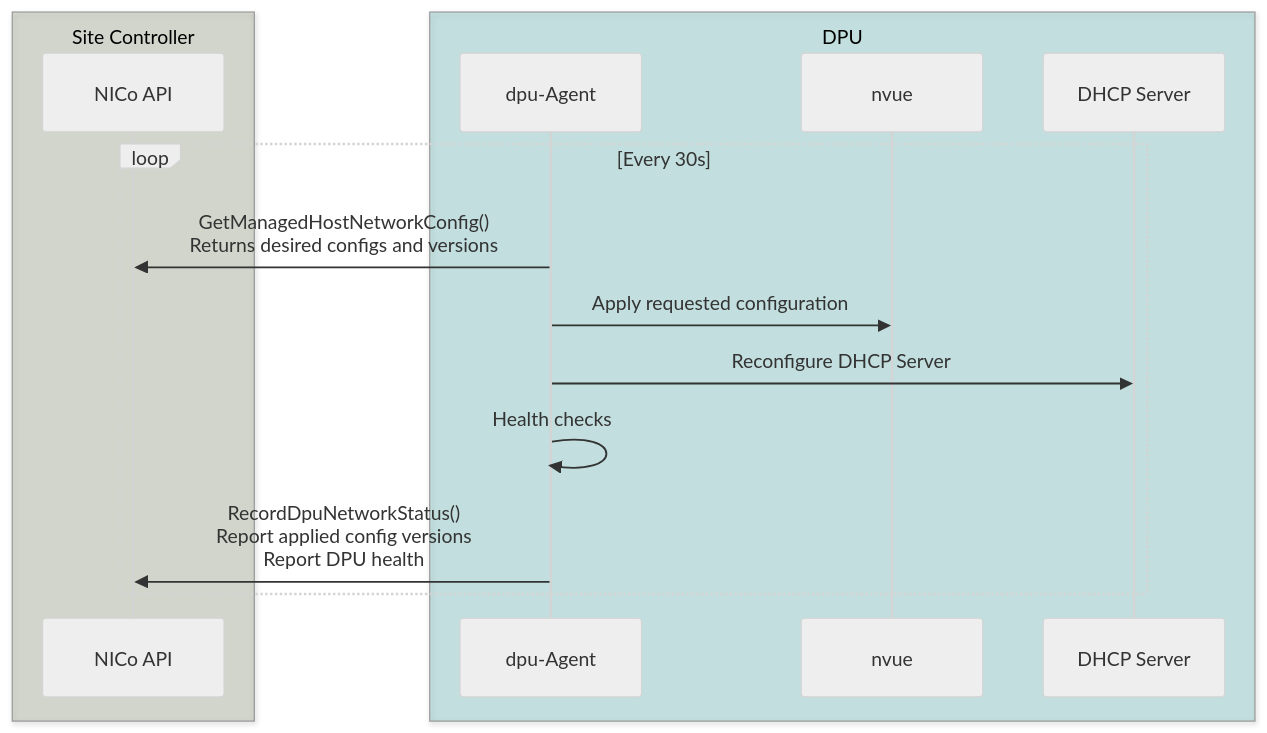
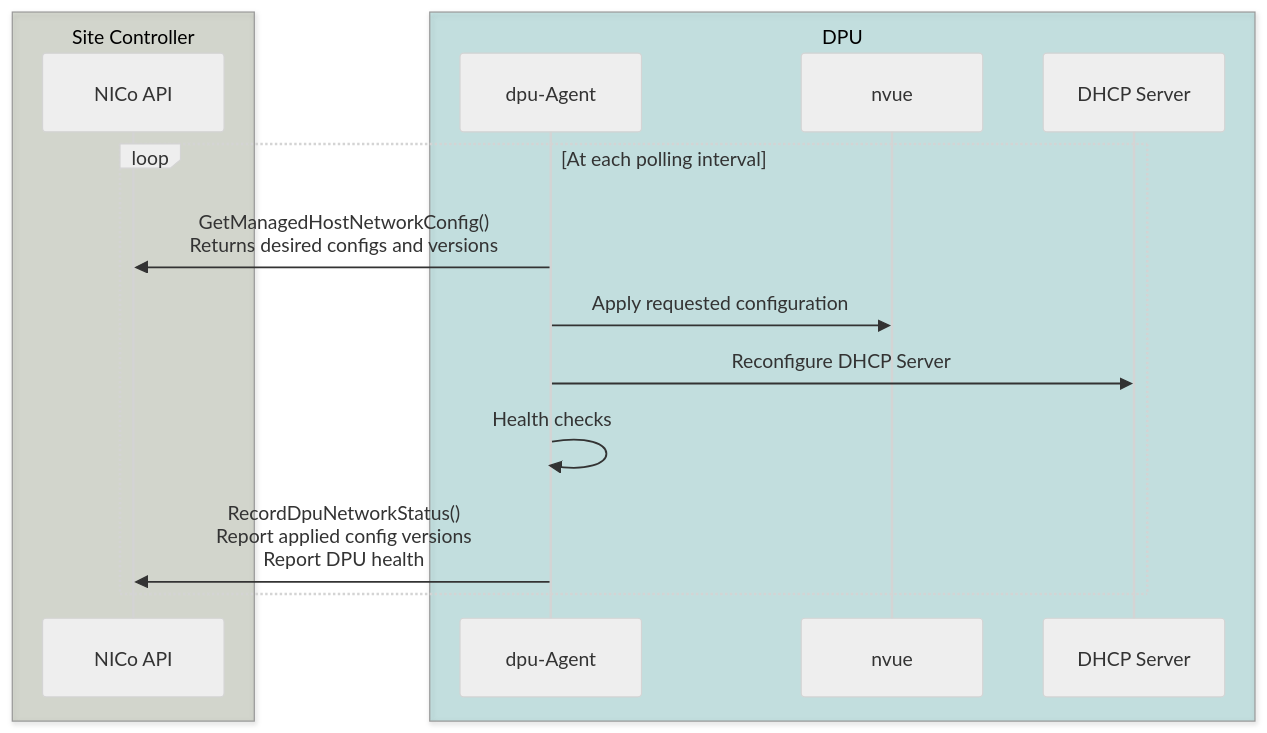
One commit to NVIDIA/bare-metal-manager-core changed the first of 2 diagrams in docs/dpu-management/dpu_configuration.md. Above: the diagram before and after it, drawn with Mermaid (neutral theme). The commit also changed other lines of this file and 14 other files, not shown here.

````diff
--- a/docs/dpu-management/dpu_configuration.md
+++ b/docs/dpu-management/dpu_configuration.md
@@ -28,20 +29,20 @@
 ```mermaid
 sequenceDiagram
     box rgba(85, 102, 57, 0.2) Site Controller
         participant NICo as NICo API
     end
 
     box rgba(8, 143, 143, .2) DPU
         participant Agent as dpu-Agent
         participant Nvue as nvue
         participant Dhcp as DHCP Server
     end
 
-    loop Every 30s
+    loop At each polling interval
         Agent->>NICo: GetManagedHostNetworkConfig()<br>Returns desired configs and versions
         Agent->>Nvue: Apply requested configuration
         Agent->>Dhcp: Reconfigure DHCP Server
         Agent->>Agent: Health checks
         Agent->>NICo: RecordDpuNetworkStatus()<br>Report applied config versions<br>Report DPU health
     end
 ```
````
